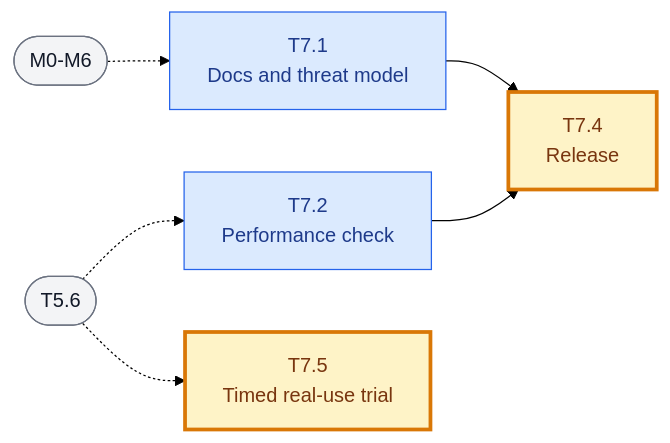
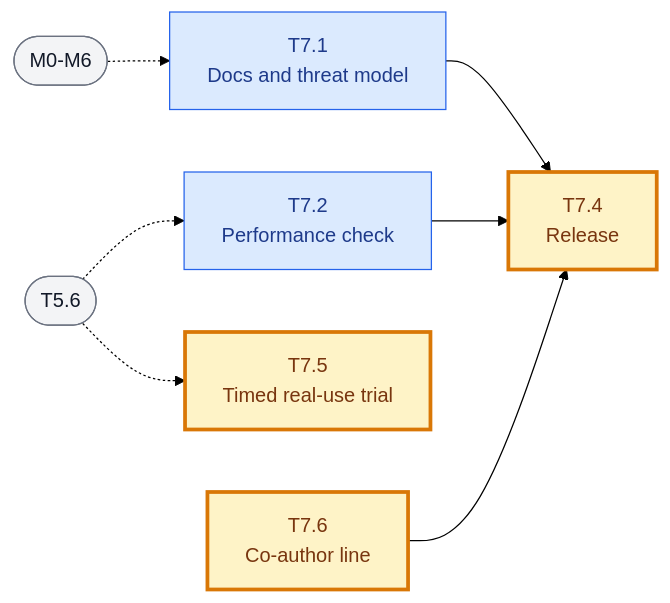
One commit to fzzinchemical/Praxis changed the eighth of 14 diagrams in docs/TASKS.md. Above: the diagram before and after it, drawn with Mermaid (forest theme). The commit also changed other lines of this file, not shown here.

First line of the commit message:
docs(tasks): tick T13.6; plan the co-author line for the first release (T7.6)

````diff
--- a/docs/TASKS.md
+++ b/docs/TASKS.md
@@ -655,22 +655,25 @@
 ```mermaid
 flowchart LR
     T7_1["T7.1<br/>Docs and threat model"]
     T7_2["T7.2<br/>Performance check"]
     T7_4["T7.4<br/>Release"]
     M0_M6(["M0-M6"])
     T5_6(["T5.6"])
     M0_M6 -.-> T7_1
     T5_6 -.-> T7_2
     T7_1 --> T7_4
     T7_2 --> T7_4
     T7_5["T7.5<br/>Timed real-use trial"]
     T5_6 -.-> T7_5
+    T7_6["T7.6<br/>Co-author line"]
+    T7_6 --> T7_4
 
     classDef task fill:#dbeafe,stroke:#2563eb,color:#1e3a8a
     classDef human fill:#fef3c7,stroke:#d97706,color:#78350f,stroke-width:3px
     classDef other fill:#f3f4f6,stroke:#6b7280,color:#111827
     class T7_1,T7_2 task
     class T7_4 human
     class M0_M6,T5_6 other
     class T7_5 human
+    class T7_6 human
 ```
````
